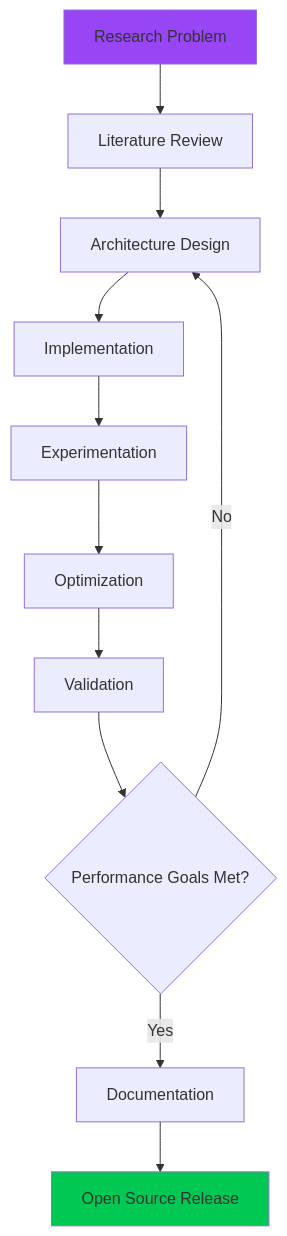
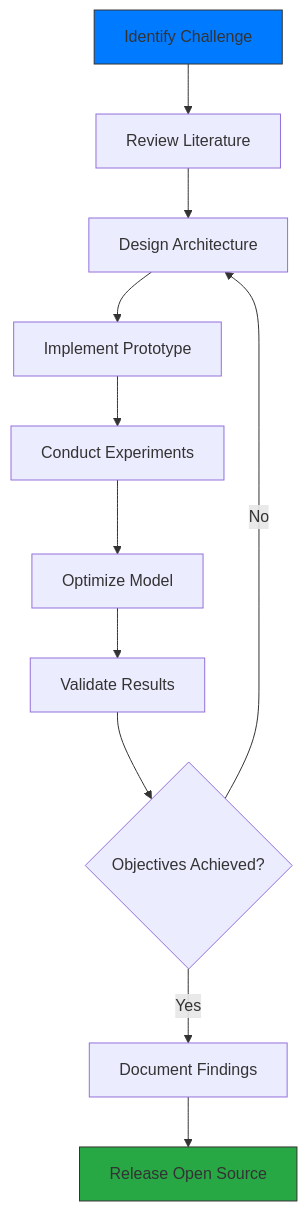
The diagram in README.md (Muhammad-Huzifa/Muhammad-Huzifa), drawn with Mermaid before and after one commit. The commit also changed other lines of this file, not shown here.

````diff
--- a/README.md
+++ b/README.md
@@ -194,16 +166,16 @@
 ```mermaid
 graph TD
-    A[Research Problem] --> B[Literature Review]
-    B --> C[Architecture Design]
-    C --> D[Implementation]
-    D --> E[Experimentation]
-    E --> F[Optimization]
-    F --> G[Validation]
-    G --> H{Performance Goals Met?}
+    A[Identify Challenge] --> B[Review Literature]
+    B --> C[Design Architecture]
+    C --> D[Implement Prototype]
+    D --> E[Conduct Experiments]
+    E --> F[Optimize Model]
+    F --> G[Validate Results]
+    G --> H{Objectives Achieved?}
     H -->|No| C
-    H -->|Yes| I[Documentation]
-    I --> J[Open Source Release]
+    H -->|Yes| I[Document Findings]
+    I --> J[Release Open Source]
     
-    style A fill:#9745F5
-    style J fill:#00C853
+    style A fill:#007BFF,stroke:#333
+    style J fill:#28A745,stroke:#333
 ```
````
